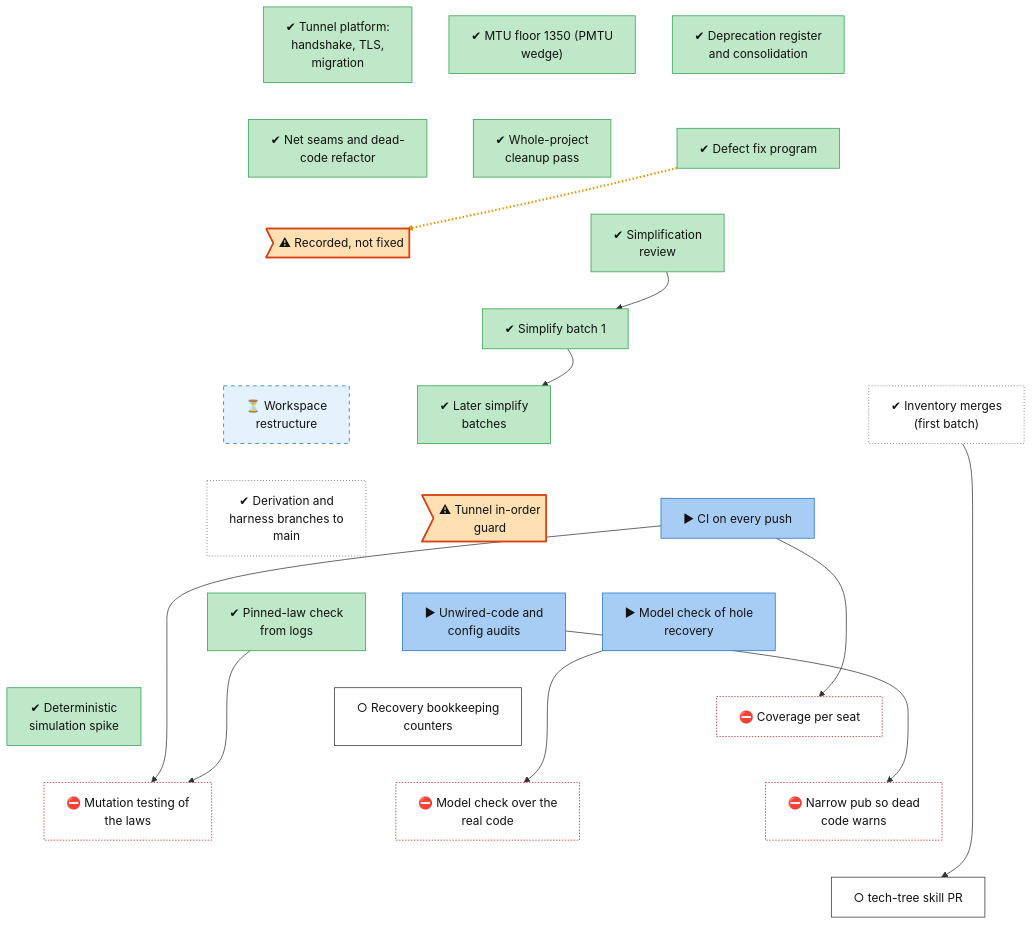
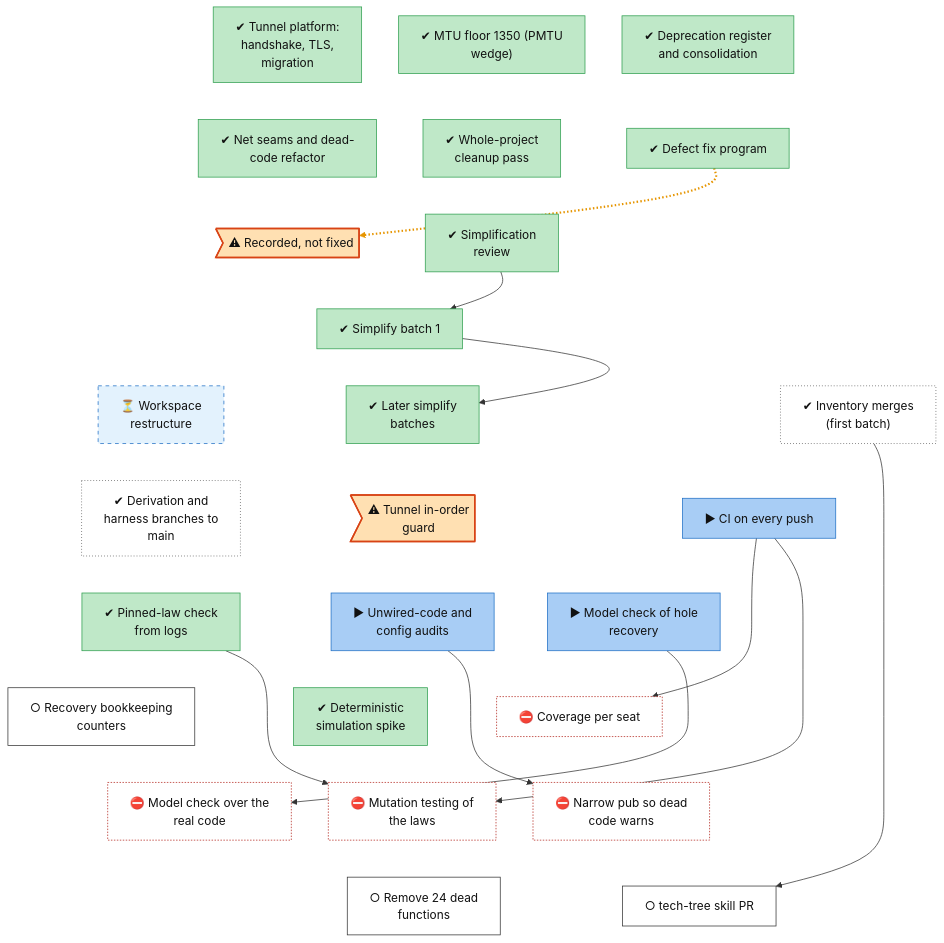
Before and after one commit to lhns/raptorpath: the diagram in docs/roadmap/tracks/infra.md, drawn with Mermaid. The commit also changed other lines of this file and 4 other files, not shown here.

Commit message:
roadmap: static audits triaged (4 unwired fns + 1 param, 24 dead); perf-config-dropped defect; dead-code batch

````diff
--- a/docs/roadmap/tracks/infra.md
+++ b/docs/roadmap/tracks/infra.md
@@ -34,6 +34,7 @@
     infra_test_model_real_decisions["⛔ Model check over the<br/>real code"]
     infra_test_pub_narrowing["⛔ Narrow pub so dead<br/>code warns"]
     infra_tech_tree_skill["○ tech-tree skill PR"]
+    infra_dead_code_batch["○ Remove 24 dead<br/>functions"]
     infra_early_platform ~~~ infra_net_seams
     infra_mtu_floor ~~~ infra_cleanup_0927
     infra_consolidation ~~~ infra_fix_program
@@ -58,8 +59,8 @@
     infra_test_recovery_counters ~~~ infra_test_model_real_decisions
     infra_test_seat_coverage ~~~ infra_test_pub_narrowing
     infra_test_mutation ~~~ infra_tech_tree_skill
-    infra_test_model_real_decisions ~~~ infra_tech_tree_skill
-    infra_test_pub_narrowing ~~~ infra_tech_tree_skill
+    infra_test_model_real_decisions ~~~ infra_dead_code_batch
+    infra_test_pub_narrowing ~~~ infra_dead_code_batch
     infra_fix_program -.-> infra_defect_recorded_not_fixed
     infra_simplify_review --> infra_simplify_batch1
     infra_simplify_batch1 --> infra_simplify_batch2
@@ -88,6 +89,6 @@
     class infra_restructure waiting
     class infra_inventory_merges,infra_derivation_merges unrated
     class infra_test_ci_gate,infra_test_static_audits,infra_test_recovery_model inprog
-    class infra_test_recovery_counters,infra_tech_tree_skill next
+    class infra_test_recovery_counters,infra_tech_tree_skill,infra_dead_code_batch next
     class infra_test_seat_coverage,infra_test_mutation,infra_test_model_real_decisions,infra_test_pub_narrowing blocked
 ```
````
